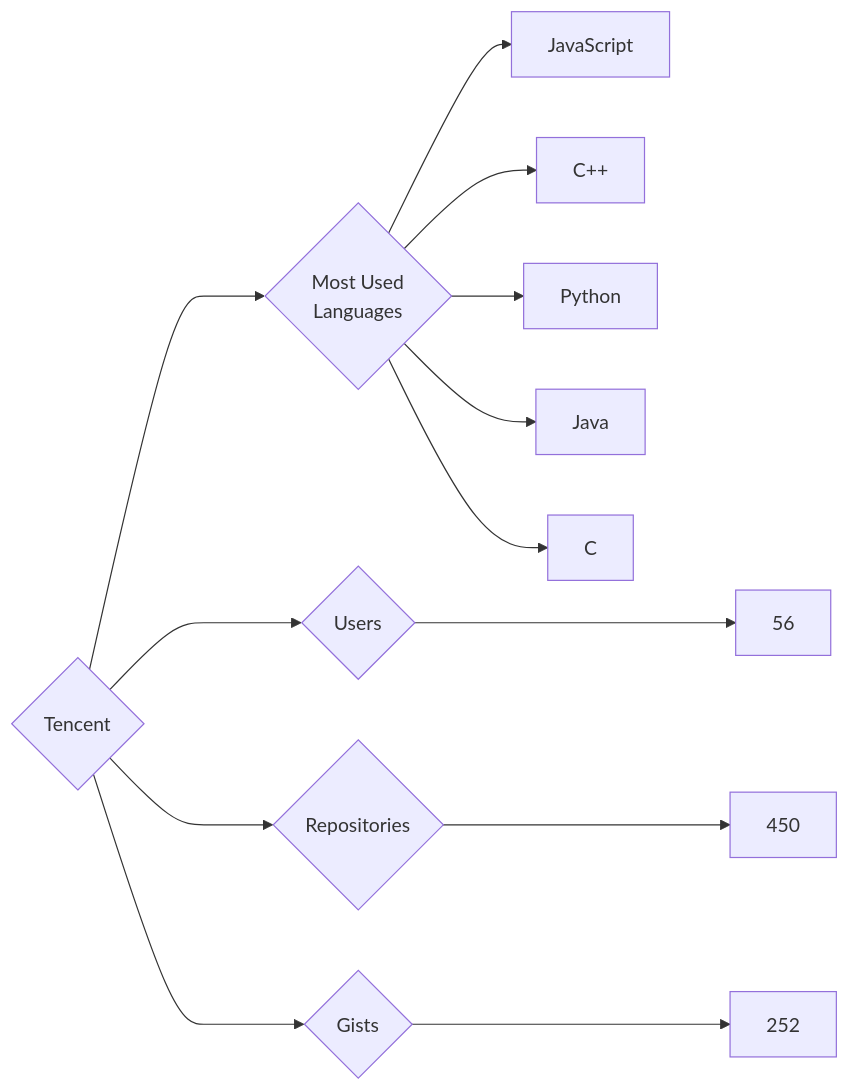
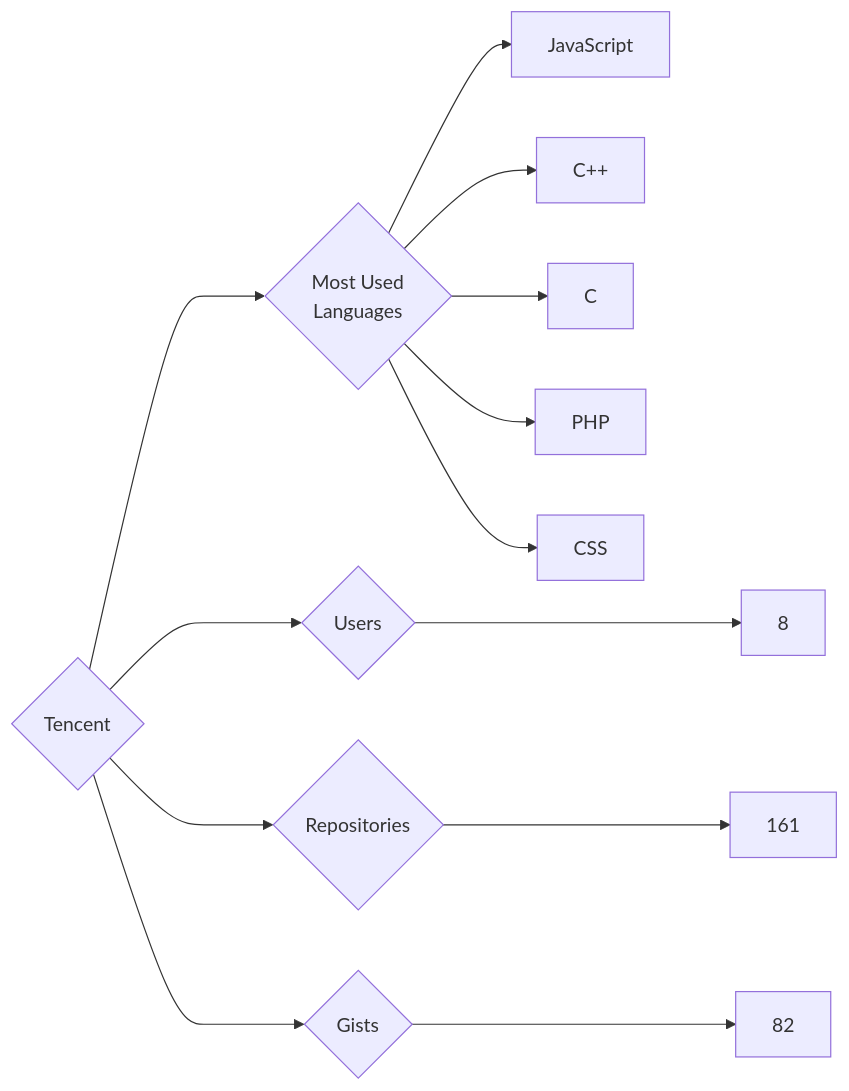
Before and after one commit to trickest/insiders: the diagram in targets/Tencent/README.md, drawn with Mermaid. The commit also changed 976 other files, not shown here.

````diff
--- a/targets/Tencent/README.md
+++ b/targets/Tencent/README.md
@@ -3,13 +3,13 @@
 ```mermaid
 graph LR
 COMPANY_NAME{Tencent}
-COMPANY_NAME ---> U{Users} ---> UN[56]
-COMPANY_NAME ---> R{Repositories} ---> RN[450]
-COMPANY_NAME ---> G{Gists} ---> GN[252]
+COMPANY_NAME ---> U{Users} ---> UN[8]
+COMPANY_NAME ---> R{Repositories} ---> RN[161]
+COMPANY_NAME ---> G{Gists} ---> GN[82]
 COMPANY_NAME ---> ML{Most Used<br>Languages}
 ML --> JavaScript[JavaScript]
 ML --> C++[C++]
-ML --> Python[Python]
-ML --> Java[Java]
 ML --> C[C]
+ML --> PHP[PHP]
+ML --> CSS[CSS]
 ```
````
